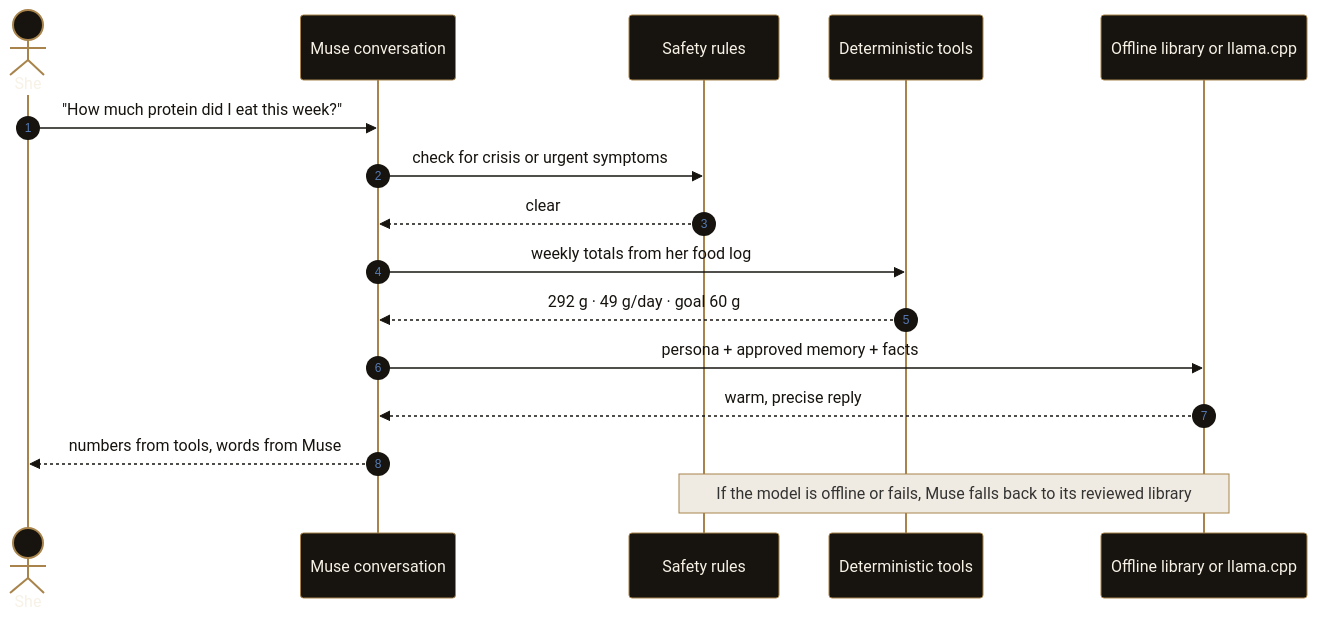
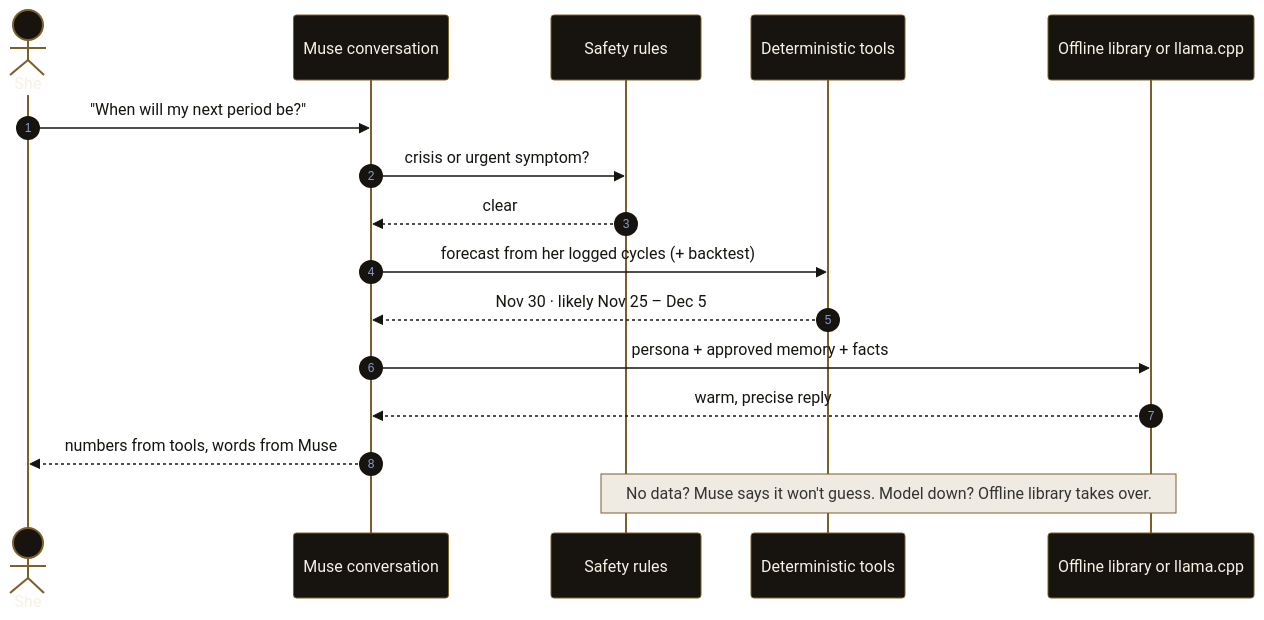
The second of 6 diagrams in femora/README.md (florina787/Data-sets), drawn with Mermaid before and after one commit. The commit also changed other lines of this file and 37 other files, not shown here.

````diff
--- a/femora/README.md
+++ b/femora/README.md
@@ -195,19 +252,19 @@
 ```mermaid
-%%{init: {'theme':'base','themeVariables':{'primaryColor':'#fbf8f2','primaryTextColor':'#17140f','primaryBorderColor':'#a8844c','lineColor':'#a8844c','actorBkg':'#17140f','actorTextColor':'#f7f1e6','actorBorder':'#a8844c','noteBkgColor':'#f0ebe2','noteBorderColor':'#a8844c','fontFamily':'Georgia'}}}%%
+%%{init: {'theme':'base','themeVariables':{'primaryColor':'#fbf8f2','primaryTextColor':'#17140f','primaryBorderColor':'#7c5f2b','lineColor':'#7c5f2b','actorBkg':'#17140f','actorTextColor':'#f7f1e6','actorBorder':'#7c5f2b','noteBkgColor':'#f0ebe2','noteBorderColor':'#7c5f2b','fontFamily':'Georgia'}}}%%
 sequenceDiagram
     autonumber
     actor Her as She
     participant UI as Muse conversation
     participant Safety as Safety rules
     participant Tools as Deterministic tools
     participant Model as Offline library or llama.cpp
-    Her->>UI: "How much protein did I eat this week?"
-    UI->>Safety: check for crisis or urgent symptoms
+    Her->>UI: "When will my next period be?"
+    UI->>Safety: crisis or urgent symptom?
     Safety-->>UI: clear
-    UI->>Tools: weekly totals from her food log
-    Tools-->>UI: 292 g · 49 g/day · goal 60 g
+    UI->>Tools: forecast from her logged cycles (+ backtest)
+    Tools-->>UI: Nov 30 · likely Nov 25 – Dec 5
     UI->>Model: persona + approved memory + facts
     Model-->>UI: warm, precise reply
     UI-->>Her: numbers from tools, words from Muse
-    Note over Safety,Model: If the model is offline or fails, Muse falls back to its reviewed library
+    Note over Safety,Model: No data? Muse says it won't guess. Model down? Offline library takes over.
 ```
````
